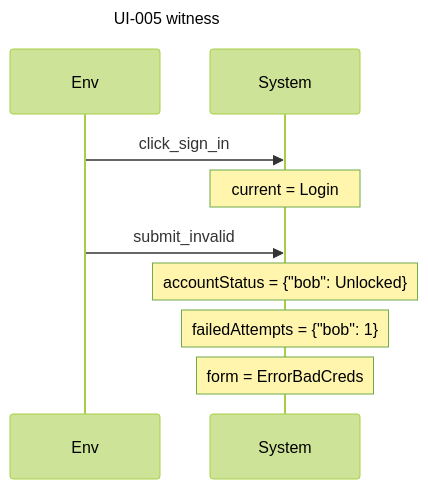
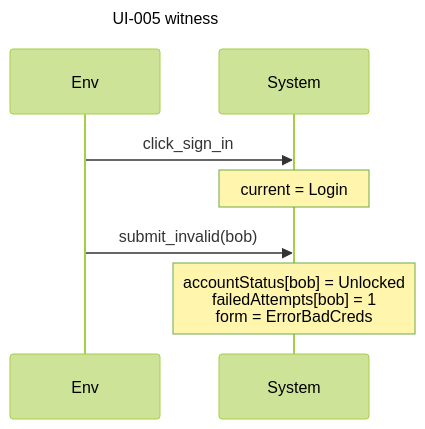
The seventh of 9 diagrams in examples/specs/auth-ui.readback.md (AlesKracik/quintessence), drawn with Mermaid (forest theme) before and after one commit. The commit also changed other lines of this file and 17 other files, not shown here.

````diff
--- a/examples/specs/auth-ui.readback.md
+++ b/examples/specs/auth-ui.readback.md
@@ -544,12 +545,10 @@
 ```mermaid
 sequenceDiagram
     title UI-005 witness
     participant E as Env
     participant S as System
     E->>S: click_sign_in
     Note over S: current = Login
-    E->>S: submit_invalid
-    Note over S: accountStatus = {"bob": Unlocked}
-    Note over S: failedAttempts = {"bob": 1}
-    Note over S: form = ErrorBadCreds
+    E->>S: submit_invalid(bob)
+    Note over S: accountStatus[bob] = Unlocked<br/>failedAttempts[bob] = 1<br/>form = ErrorBadCreds
 ```
````
